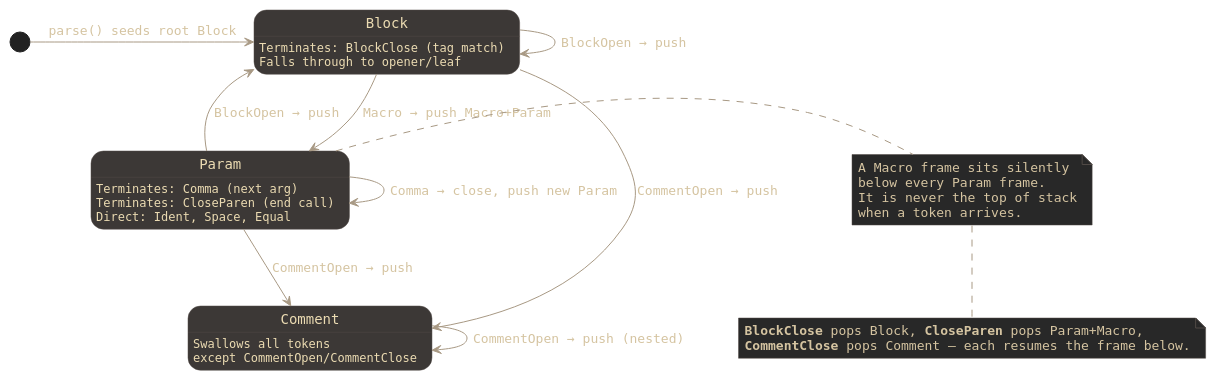
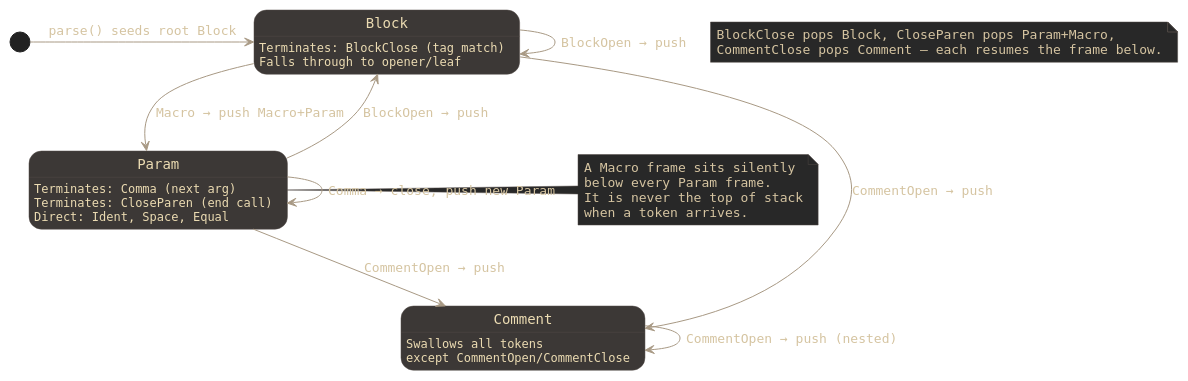
One commit to giannifer7/weaveback changed the diagram in crates/weaveback-macro/src/parser/parser.adoc. Above: the diagram before and after it, drawn with PlantUML. The commit also changed 1 other file, not shown here.

Commit message:
fix(docs): fix PlantUML state diagram notes
note bottom is not valid in state diagrams; use 'note as N'.
Also remove { chars from arrow labels in lexer diagram — they
confuse the PlantUML parser.

```diff
--- a/crates/weaveback-macro/src/parser/parser.adoc
+++ b/crates/weaveback-macro/src/parser/parser.adoc
@@ -11,55 +11,55 @@
 [plantuml,parser-states,svg]
 ....
 @startuml
 hide empty description
 skinparam DefaultFontName Monospaced
 skinparam backgroundColor transparent
 skinparam DefaultFontColor #ebdbb2
 skinparam ArrowColor #a89984
 skinparam ArrowFontColor #d5c4a1
 skinparam StateBackgroundColor #3c3836
 skinparam StateBorderColor #504945
 skinparam StateFontColor #ebdbb2
 skinparam NoteBackgroundColor #282828
 skinparam NoteBorderColor #504945
 skinparam NoteFontColor #d5c4a1
 
 state "Block" as B {
   B : Terminates: BlockClose (tag match)
   B : Falls through to opener/leaf
 }
 state "Param" as P {
   P : Terminates: Comma (next arg)
   P : Terminates: CloseParen (end call)
   P : Direct: Ident, Space, Equal
 }
 state "Comment" as C {
   C : Swallows all tokens
   C : except CommentOpen/CommentClose
 }
 
 [*] -right-> B : parse() seeds root Block
 
 B --> B : BlockOpen → push
 B --> P : Macro → push Macro+Param
 B --> C : CommentOpen → push
 
 P --> B : BlockOpen → push
 P --> P : Comma → close, push new Param
 P --> C : CommentOpen → push
 
 C --> C : CommentOpen → push (nested)
 
 note right of P
   A Macro frame sits silently
   below every Param frame.
   It is never the top of stack
   when a token arrives.
 end note
 
-note bottom
-  **BlockClose** pops Block, **CloseParen** pops Param+Macro,
-  **CommentClose** pops Comment — each resumes the frame below.
+note as N
+  BlockClose pops Block, CloseParen pops Param+Macro,
+  CommentClose pops Comment — each resumes the frame below.
 end note
 @enduml
 ....
```
